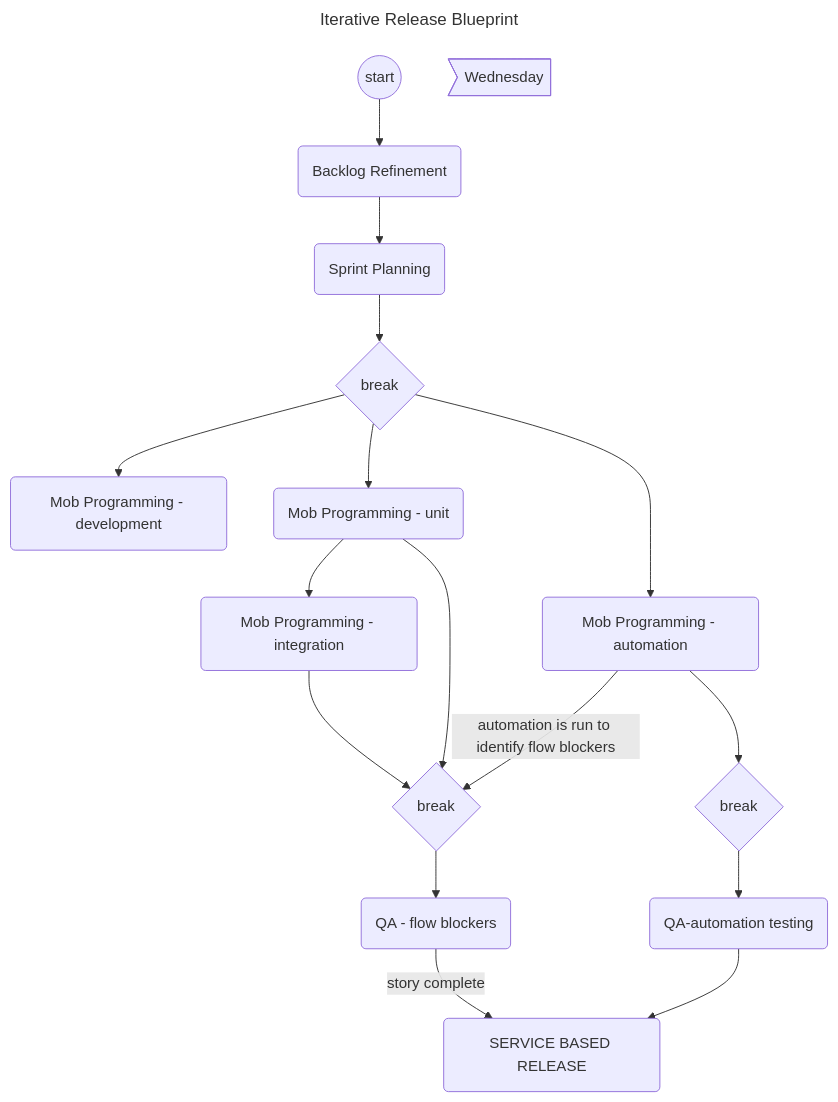
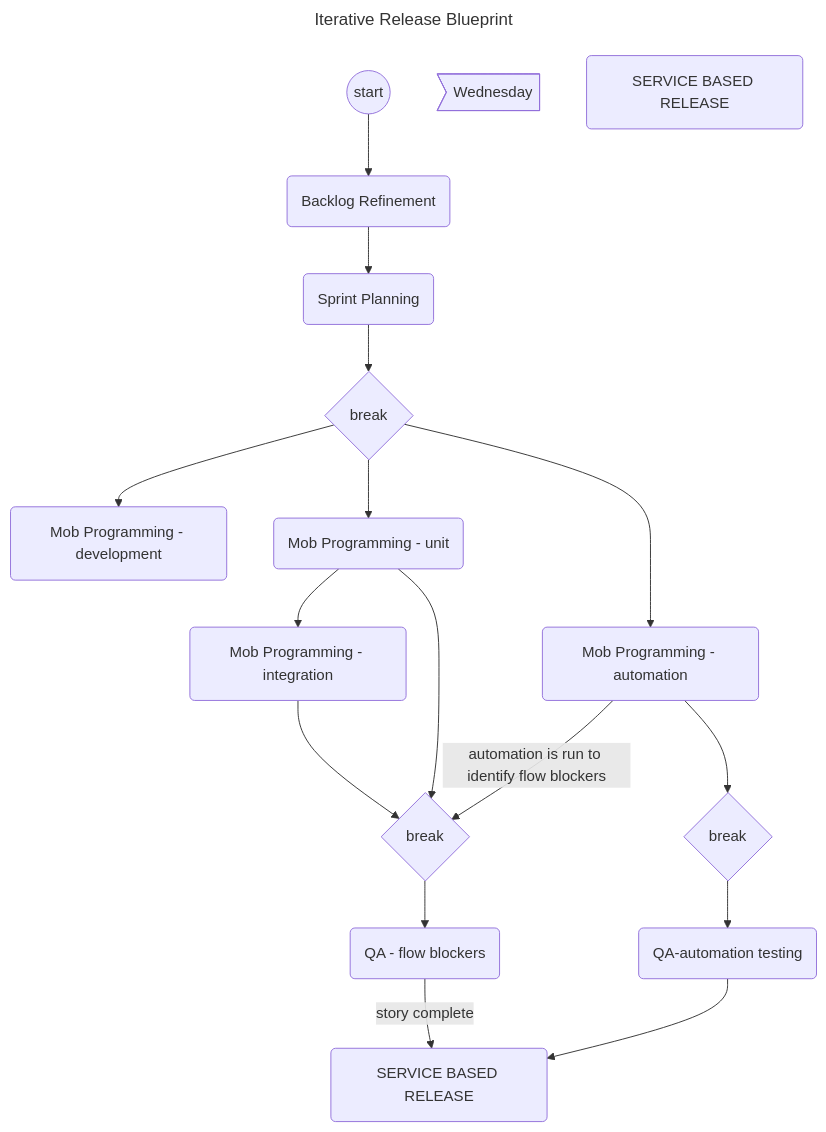
Before and after one commit to jessicahirsch/Mermaid-Diagrams: the diagram in diagrams/diagram3.mmd, drawn with Mermaid.

Commit message:
feat: new service based releae node

```diff
--- a/diagrams/diagram3.mmd
+++ b/diagrams/diagram3.mmd
@@ -1,28 +1,30 @@
 ---
 title: Iterative Release Blueprint
 ---
 
 flowchart TD
 
 id1((start))-->A(Backlog Refinement)
 A(Backlog Refinement)-->B(Sprint Planning)
 
 id2>Wednesday]
 B(Sprint Planning)
 
 B(Sprint Planning)-->id3{break}
 
 id3{break}-->C(Mob Programming - development)
 id3{break}-->D(Mob Programming - unit)-->F(Mob Programming - integration)
 id3{break}-->E(Mob Programming - automation)
 
 D(Mob Programming - unit)-->id4{break}
 E(Mob Programming - automation)-->|automation is run to identify flow blockers|id4{break}
 F(Mob Programming - integration)-->id4{break}
 
 id4{break}-->G(QA - flow blockers)
 
 E(Mob Programming - automation)-->id5{break}-->H(QA - automation testing)
+
 H(QA-automation testing)-->X(SERVICE BASED RELEASE)
+G(QA - flow blockers)-->|story complete|X(SERVICE BASED RELEASE)
 
-G(QA - flow blockers)-->|story complete|X(SERVICE BASED RELEASE)
+Y(SERVICE BASED RELEASE)
```
